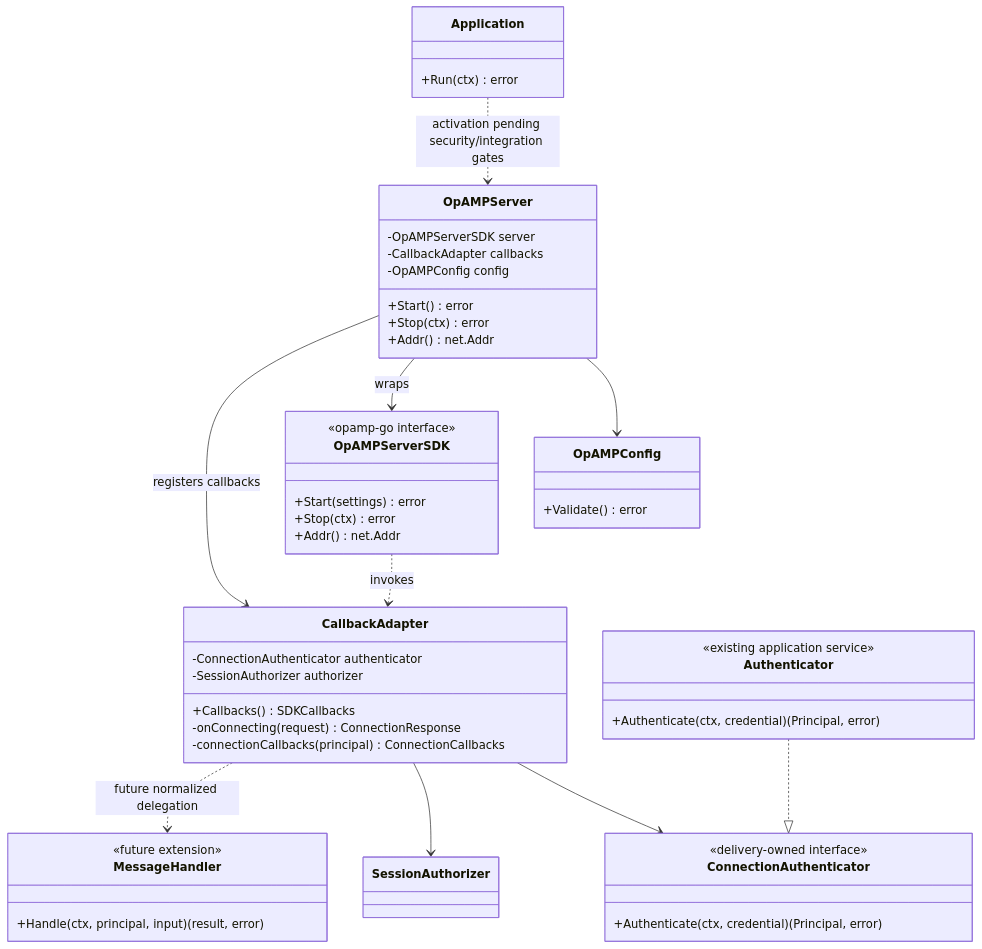
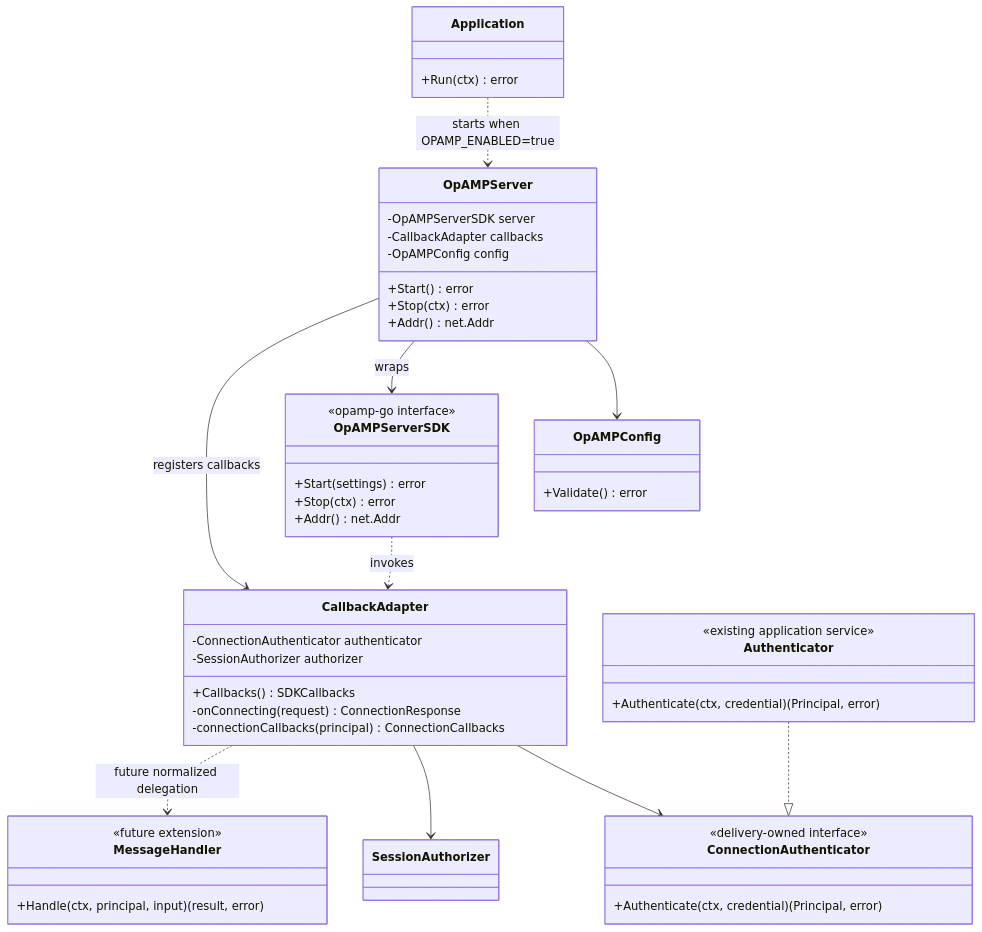
One commit to AR-IMMS/fleet-manager changed the diagram in docs/local/architecture/opamp-server.md. Above: the diagram before and after it, drawn with Mermaid. The commit also changed other lines of this file and 4 other files, not shown here.

````diff
--- a/docs/local/architecture/opamp-server.md
+++ b/docs/local/architecture/opamp-server.md
@@ -75,52 +84,52 @@
 ```mermaid
 classDiagram
 direction TB
     class Application {
         +Run(ctx) error
     }
     class OpAMPConfig {
         +Validate() error
     }
     class OpAMPServer {
         -OpAMPServerSDK server
         -CallbackAdapter callbacks
         -OpAMPConfig config
         +Start() error
         +Stop(ctx) error
         +Addr() net.Addr
     }
     class OpAMPServerSDK {
         <<opamp-go interface>>
         +Start(settings) error
         +Stop(ctx) error
         +Addr() net.Addr
     }
     class CallbackAdapter {
         -ConnectionAuthenticator authenticator
         -SessionAuthorizer authorizer
         +Callbacks() SDKCallbacks
         -onConnecting(request) ConnectionResponse
         -connectionCallbacks(principal) ConnectionCallbacks
     }
     class ConnectionAuthenticator {
         <<delivery-owned interface>>
         +Authenticate(ctx, credential) (Principal, error)
     }
     class Authenticator {
         <<existing application service>>
         +Authenticate(ctx, credential) (Principal, error)
     }
     class MessageHandler {
         <<future extension>>
         +Handle(ctx, principal, input) (result, error)
     }
-    Application ..> OpAMPServer : activation pending security/integration gates
+    Application ..> OpAMPServer : starts when OPAMP_ENABLED=true
     OpAMPServer --> OpAMPConfig
     OpAMPServer --> OpAMPServerSDK : wraps
     OpAMPServer --> CallbackAdapter : registers callbacks
     OpAMPServerSDK ..> CallbackAdapter : invokes
     CallbackAdapter --> ConnectionAuthenticator
     Authenticator ..|> ConnectionAuthenticator
     CallbackAdapter --> SessionAuthorizer
     CallbackAdapter ..> MessageHandler : future normalized delegation
 ```
````
